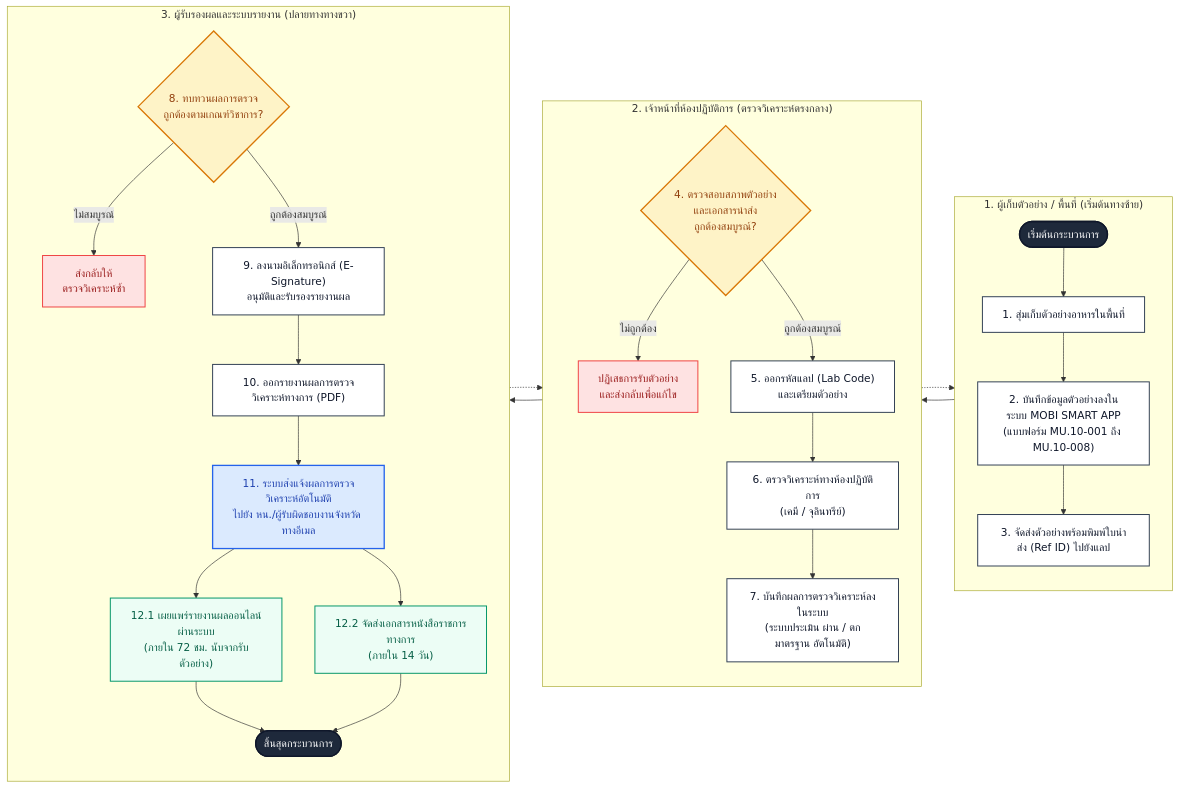
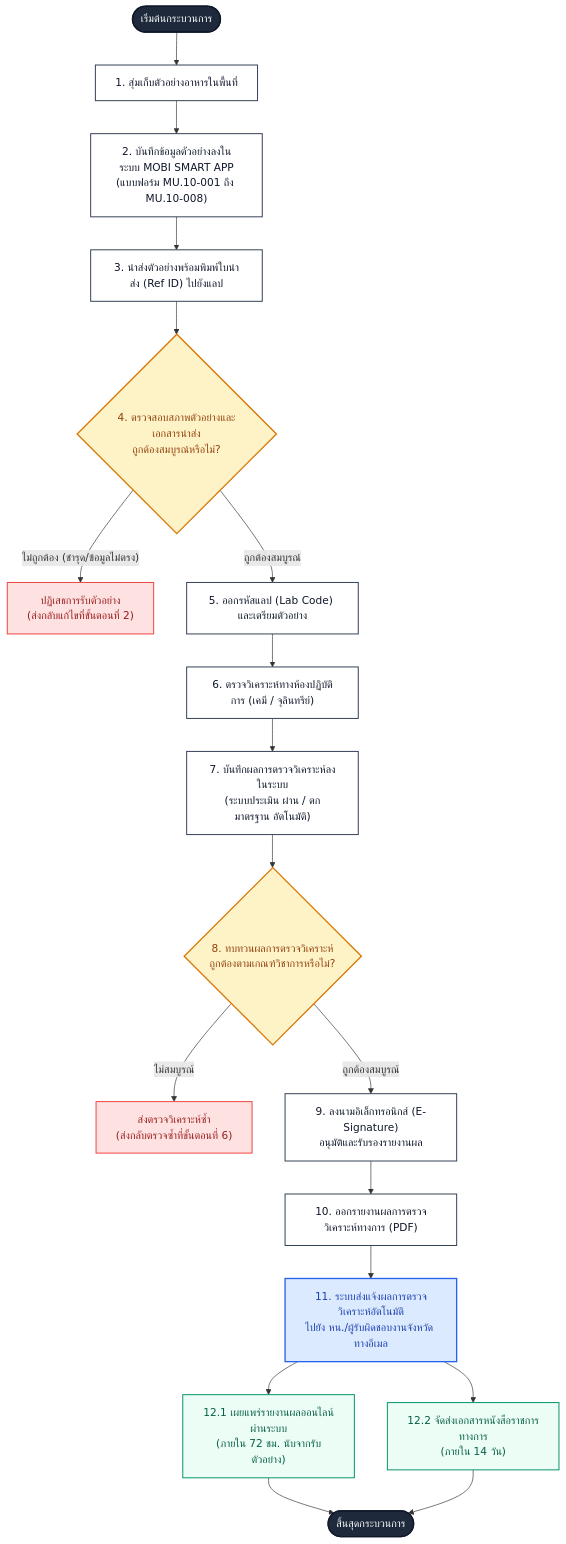
Before and after one commit to anchasa241138-dotcom/MU10EazyAppversion2026: the diagram in SOP_USER_MANUAL_MOBI_SMART_APP.md, drawn with Mermaid.

Commit message:
docs(sop): arrange workflow as a single vertical linear spine from step 1 to 12

````diff
--- a/SOP_USER_MANUAL_MOBI_SMART_APP.md
+++ b/SOP_USER_MANUAL_MOBI_SMART_APP.md
@@ -27,59 +27,38 @@
 ```mermaid
-flowchart LR
+flowchart TD
     %% Styling Definition
     classDef term fill:#1e293b,stroke:#0f172a,stroke-width:2px,color:#fff;
     classDef process fill:#ffffff,stroke:#334155,stroke-width:1.5px,color:#0f172a;
     classDef decision fill:#fef3c7,stroke:#d97706,stroke-width:2px,color:#92400e;
     classDef reject fill:#fee2e2,stroke:#ef4444,stroke-width:1.5px,color:#991b1b;
     classDef email fill:#dbeafe,stroke:#2563eb,stroke-width:2px,color:#1e40af;
     classDef output fill:#ecfdf5,stroke:#059669,stroke-width:1.5px,color:#065f46;
 
-    %% Lane 1: ซ้ายสุด (ขั้นตอน 1, 2, 3)
-    subgraph LANE1 ["1. ผู้เก็บตัวอย่าง / พื้นที่ (เริ่มต้นทางซ้าย)"]
-        direction TB
-        START(["เริ่มต้นกระบวนการ"]):::term --> P1["1. สุ่มเก็บตัวอย่างอาหารในพื้นที่"]:::process
-        P1 --> P2["2. บันทึกข้อมูลตัวอย่างลงในระบบ MOBI SMART APP<br>(แบบฟอร์ม MU.10-001 ถึง MU.10-008)"]:::process
-        P2 --> P3["3. จัดส่งตัวอย่างพร้อมพิมพ์ใบนำส่ง (Ref ID) ไปยังแลป"]:::process
-    end
-
-    %% Lane 2: ตรงกลาง (ขั้นตอน 4, 5, 6, 7)
-    subgraph LANE2 ["2. เจ้าหน้าที่ห้องปฏิบัติการ (ตรวจวิเคราะห์ตรงกลาง)"]
-        direction TB
-        D1{"4. ตรวจสอบสภาพตัวอย่าง<br>และเอกสารนำส่ง<br>ถูกต้องสมบูรณ์?"}:::decision
-        R1["ปฏิเสธการรับตัวอย่าง<br>และส่งกลับเพื่อแก้ไข"]:::reject
-        P4["5. ออกรหัสแลป (Lab Code)<br>และเตรียมตัวอย่าง"]:::process
-        P5["6. ตรวจวิเคราะห์ทางห้องปฏิบัติการ<br>(เคมี / จุลินทรีย์)"]:::process
-        P6["7. บันทึกผลการตรวจวิเคราะห์ลงในระบบ<br>(ระบบประเมิน ผ่าน / ตกมาตรฐาน อัตโนมัติ)"]:::process
-        
-        D1 -- "ไม่ถูกต้อง" --> R1
-        D1 -- "ถูกต้องสมบูรณ์" --> P4
-        P4 --> P5
-        P5 --> P6
-    end
-
-    %% Lane 3: ขวาสุด (ขั้นตอน 8, 9, 10, 11, 12)
-    subgraph LANE3 ["3. ผู้รับรองผลและระบบรายงาน (ปลายทางทางขวา)"]
-        direction TB
-        D2{"8. ทบทวนผลการตรวจ<br>ถูกต้องตามเกณฑ์วิชาการ?"}:::decision
-        R2["ส่งกลับให้<br>ตรวจวิเคราะห์ซ้ำ"]:::reject
-        P7["9. ลงนามอิเล็กทรอนิกส์ (E-Signature)<br>อนุมัติและรับรองรายงานผล"]:::process
-        P8["10. ออกรายงานผลการตรวจวิเคราะห์ทางการ (PDF)"]:::process
-        P9["11. ระบบส่งแจ้งผลการตรวจวิเคราะห์อัตโนมัติ<br>ไปยัง หน./ผู้รับผิดชอบงานจังหวัด ทางอีเมล"]:::email
-        OUT1["12.1 เผยแพร่รายงานผลออนไลน์ผ่านระบบ<br>(ภายใน 72 ชม. นับจากรับตัวอย่าง)"]:::output
-        OUT2["12.2 จัดส่งเอกสารหนังสือราชการทางการ<br>(ภายใน 14 วัน)"]:::output
-        FINISH(["สิ้นสุดกระบวนการ"]):::term
-
-        D2 -- "ไม่สมบูรณ์" --> R2
-        D2 -- "ถูกต้องสมบูรณ์" --> P7
-        P7 --> P8
-        P8 --> P9
-        P9 --> OUT1 --> FINISH
-        P9 --> OUT2 --> FINISH
-    end
-
-    %% เส้นเชื่อมโยงระหว่างคอลัมน์ (วิ่งจากซ้ายไปขวา)
-    P3 --> D1
-    R1 -.-> P2
-    P6 --> D2
-    R2 -.-> P5
+    %% 1 เส้นแนวยาวตรงลงมาตามขั้นตอน 1 ถึง 12
+    START(["เริ่มต้นกระบวนการ"]):::term
+    START --> P1["1. สุ่มเก็บตัวอย่างอาหารในพื้นที่"]:::process
+    P1 --> P2["2. บันทึกข้อมูลตัวอย่างลงในระบบ MOBI SMART APP<br>(แบบฟอร์ม MU.10-001 ถึง MU.10-008)"]:::process
+    P2 --> P3["3. นำส่งตัวอย่างพร้อมพิมพ์ใบนำส่ง (Ref ID) ไปยังแลป"]:::process
+    
+    P3 --> D1{"4. ตรวจสอบสภาพตัวอย่างและเอกสารนำส่ง<br>ถูกต้องสมบูรณ์หรือไม่?"}:::decision
+    
+    D1 -- "ไม่ถูกต้อง (ชำรุด/ข้อมูลไม่ตรง)" --> R1["ปฏิเสธการรับตัวอย่าง<br>(ส่งกลับแก้ไขที่ขั้นตอนที่ 2)"]:::reject
+    D1 -- "ถูกต้องสมบูรณ์" --> P4["5. ออกรหัสแลป (Lab Code) และเตรียมตัวอย่าง"]:::process
+    
+    P4 --> P5["6. ตรวจวิเคราะห์ทางห้องปฏิบัติการ (เคมี / จุลินทรีย์)"]:::process
+    P5 --> P6["7. บันทึกผลการตรวจวิเคราะห์ลงในระบบ<br>(ระบบประเมิน ผ่าน / ตกมาตรฐาน อัตโนมัติ)"]:::process
+    
+    P6 --> D2{"8. ทบทวนผลการตรวจวิเคราะห์<br>ถูกต้องตามเกณฑ์วิชาการหรือไม่?"}:::decision
+    
+    D2 -- "ไม่สมบูรณ์" --> R2["ส่งตรวจวิเคราะห์ซ้ำ<br>(ส่งกลับตรวจซ้ำที่ขั้นตอนที่ 6)"]:::reject
+    D2 -- "ถูกต้องสมบูรณ์" --> P7["9. ลงนามอิเล็กทรอนิกส์ (E-Signature)<br>อนุมัติและรับรองรายงานผล"]:::process
+    
+    P7 --> P8["10. ออกรายงานผลการตรวจวิเคราะห์ทางการ (PDF)"]:::process
+    P8 --> P9["11. ระบบส่งแจ้งผลการตรวจวิเคราะห์อัตโนมัติ<br>ไปยัง หน./ผู้รับผิดชอบงานจังหวัด ทางอีเมล"]:::email
+    
+    P9 --> OUT1["12.1 เผยแพร่รายงานผลออนไลน์ผ่านระบบ<br>(ภายใน 72 ชม. นับจากรับตัวอย่าง)"]:::output
+    P9 --> OUT2["12.2 จัดส่งเอกสารหนังสือราชการทางการ<br>(ภายใน 14 วัน)"]:::output
+    
+    OUT1 --> FINISH(["สิ้นสุดกระบวนการ"]):::term
+    OUT2 --> FINISH
 ```
````
